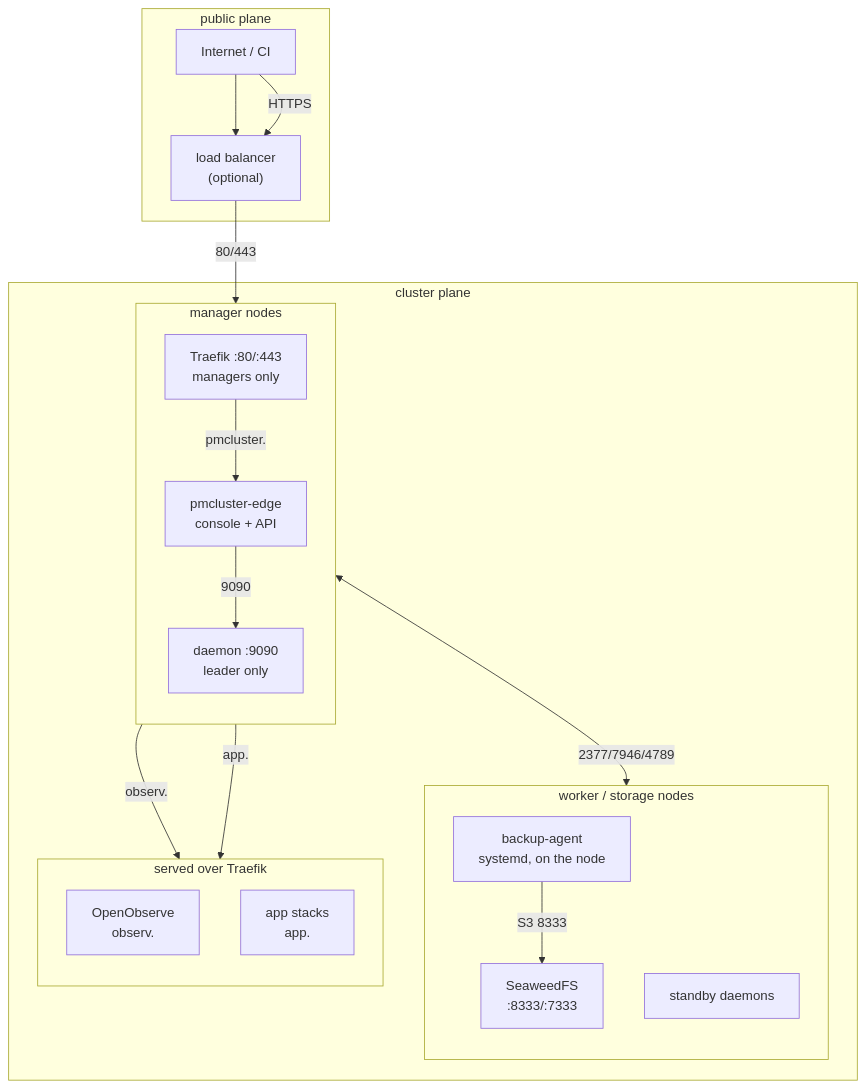
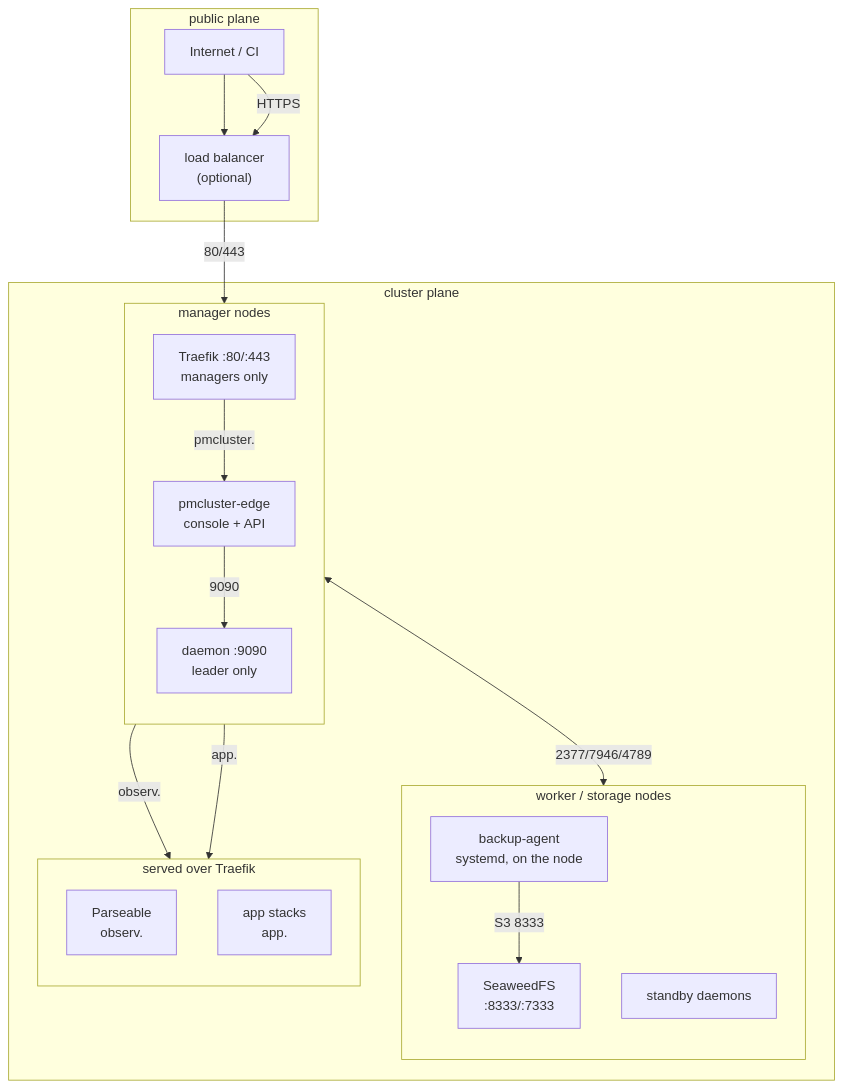
One commit to hazemarian/poor-man-cluster changed the first of 11 diagrams in docs/whitepaper.md. Above: the diagram before and after it, drawn with Mermaid. The commit also changed other lines of this file and 9 other files, not shown here.

````diff
--- a/docs/whitepaper.md
+++ b/docs/whitepaper.md
@@ -61,33 +61,33 @@
 ```mermaid
 flowchart TD
     subgraph PUB["public plane"]
         NET["Internet / CI"] --> LB["load balancer<br/>(optional)"]
     end
     subgraph CLUS["cluster plane"]
         subgraph MG["manager nodes"]
             direction TB
             TR["Traefik :80/:443<br/>managers only"]
             ED["pmcluster-edge<br/>console + API"]
             DM["daemon :9090<br/>leader only"]
         end
         subgraph WK["worker / storage nodes"]
             direction TB
             AG["backup-agent<br/>systemd, on the node"]
             SW["SeaweedFS<br/>:8333/:7333"]
             W["standby daemons"]
         end
         subgraph SRV["served over Traefik"]
             direction TB
-            OO["OpenObserve<br/>observ.<domain>"]
+            PB["Parseable<br/>observ.<domain>"]
             AP["app stacks<br/>app.<domain>"]
         end
     end
     NET -->|"HTTPS"| LB
     LB -->|"80/443"| TR
     TR -->|"pmcluster.<domain>"| ED
-    TR -->|"observ.<domain>"| OO
+    TR -->|"observ.<domain>"| PB
     TR -->|"app.<domain>"| AP
     ED -->|"9090"| DM
     DM <-->|"2377/7946/4789"| W
     AG -->|"S3 8333"| SW
 ```
````
